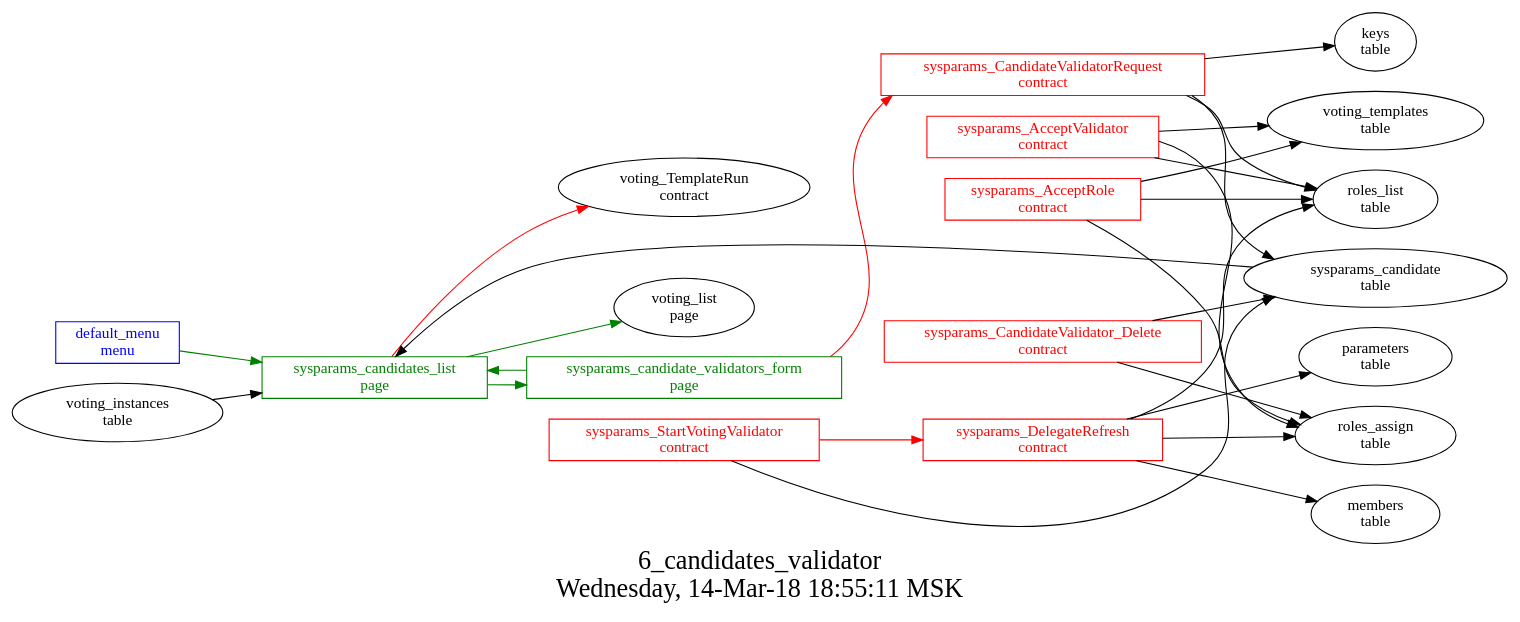
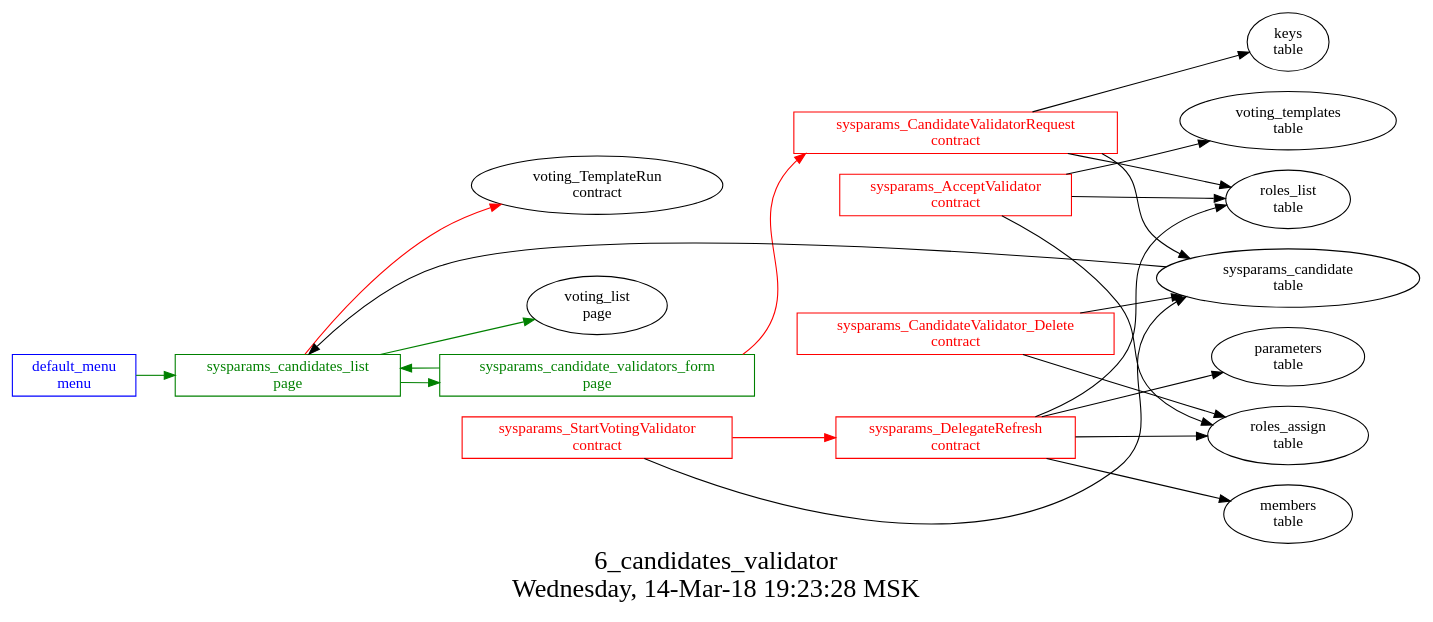
The diagram in src/basic/basic_main/6_candidates_validators/struct.dot (AplaProject/apps), drawn with Graphviz before and after one commit. The commit also changed 11 other files, not shown here.

```diff
--- a/src/basic/basic_main/6_candidates_validators/struct.dot
+++ b/src/basic/basic_main/6_candidates_validators/struct.dot
@@ -1,45 +1,40 @@
 digraph G {
 graph [
   fontsize="24";
-  label="6_candidates_validator\nWednesday, 14-Mar-18 18:55:11 MSK";
+  label="6_candidates_validator\nWednesday, 14-Mar-18 19:23:28 MSK";
   nojustify=true;
   ordering=out;
   rankdir=LR;
   size="30";
 ];
 "default_menu\nmenu" -> "sysparams_candidates_list\npage"  [ color=green ]
 "default_menu\nmenu" [color=blue, fontcolor=blue, group=menus, shape=record];
 "sysparams_candidate_validators_form\npage" -> "sysparams_CandidateValidatorRequest\ncontract"  [ color=red ]
 "sysparams_candidate_validators_form\npage" -> "sysparams_candidates_list\npage"  [ color=green ]
 "sysparams_candidate_validators_form\npage" [color=green, fontcolor=green, group=pages, shape=record];
 "sysparams_candidates_list\npage" -> "voting_TemplateRun\ncontract"  [ color=red ]
 "sysparams_candidate\ntable" -> "sysparams_candidates_list\npage"  [ color="" ]
-"voting_instances\ntable" -> "sysparams_candidates_list\npage"  [ color="" ]
 "sysparams_candidates_list\npage" -> "voting_list\npage"  [ color=green ]
 "sysparams_candidates_list\npage" -> "sysparams_candidate_validators_form\npage"  [ color=green ]
 "sysparams_candidates_list\npage" [color=green, fontcolor=green, group=pages, shape=record];
-"sysparams_AcceptRole\ncontract" -> "voting_templates\ntable"  [ color="" ]
-"sysparams_AcceptRole\ncontract" -> "roles_list\ntable"  [ color="" ]
-"sysparams_AcceptRole\ncontract" -> "roles_assign\ntable"  [ color="" ]
-"sysparams_AcceptRole\ncontract" [color=red, fontcolor=red, group=contracts, shape=record];
 "sysparams_AcceptValidator\ncontract" -> "voting_templates\ntable"  [ color="" ]
 "sysparams_AcceptValidator\ncontract" -> "roles_list\ntable"  [ color="" ]
 "sysparams_AcceptValidator\ncontract" -> "roles_assign\ntable"  [ color="" ]
 "sysparams_AcceptValidator\ncontract" [color=red, fontcolor=red, group=contracts, shape=record];
 "sysparams_CandidateValidatorRequest\ncontract" -> "keys\ntable"  [ color="" ]
 "sysparams_CandidateValidatorRequest\ncontract" -> "roles_list\ntable"  [ color="" ]
 "sysparams_CandidateValidatorRequest\ncontract" -> "sysparams_candidate\ntable"  [ color="" ]
 "sysparams_CandidateValidatorRequest\ncontract" [color=red, fontcolor=red, group=contracts, shape=record];
 "sysparams_CandidateValidator_Delete\ncontract" -> "sysparams_candidate\ntable"  [ color="" ]
 "sysparams_CandidateValidator_Delete\ncontract" -> "roles_assign\ntable"  [ color="" ]
 "sysparams_CandidateValidator_Delete\ncontract" [color=red, fontcolor=red, group=contracts, shape=record];
 "sysparams_DelegateRefresh\ncontract" -> "roles_list\ntable"  [ color="" ]
 "sysparams_DelegateRefresh\ncontract" -> "parameters\ntable"  [ color="" ]
 "sysparams_DelegateRefresh\ncontract" -> "roles_assign\ntable"  [ color="" ]
 "sysparams_DelegateRefresh\ncontract" -> "members\ntable"  [ color="" ]
 "sysparams_DelegateRefresh\ncontract" [color=red, fontcolor=red, group=contracts, shape=record];
 "sysparams_StartVotingValidator\ncontract" -> "sysparams_DelegateRefresh\ncontract"  [ color=red ]
 "sysparams_StartVotingValidator\ncontract" -> "sysparams_candidate\ntable"  [ color="" ]
 "sysparams_StartVotingValidator\ncontract" [color=red, fontcolor=red, group=contracts, shape=record];
 "sysparams_candidate\ntable" [color="", fontcolor="", group=tables, shape=""];
 }
```
